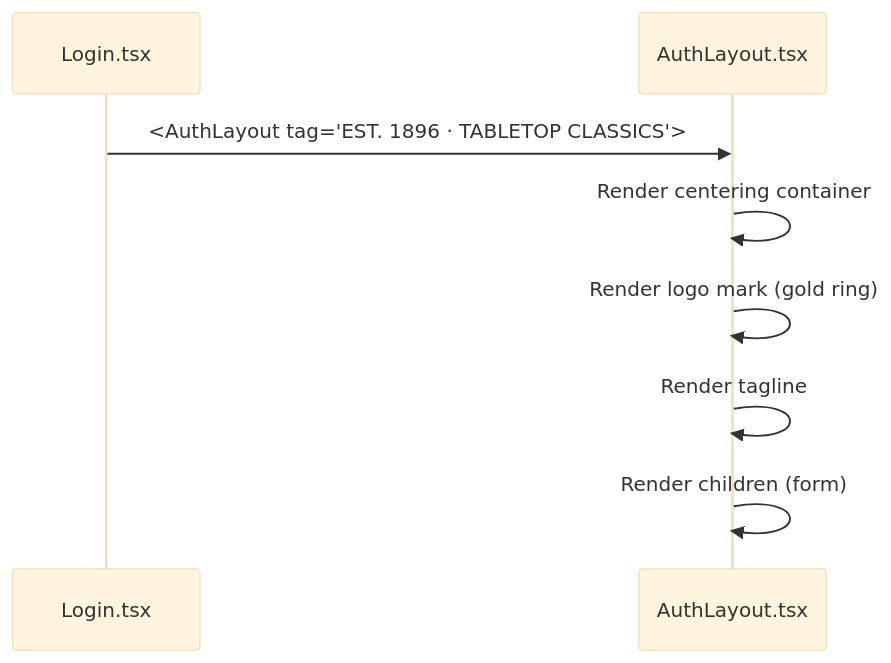
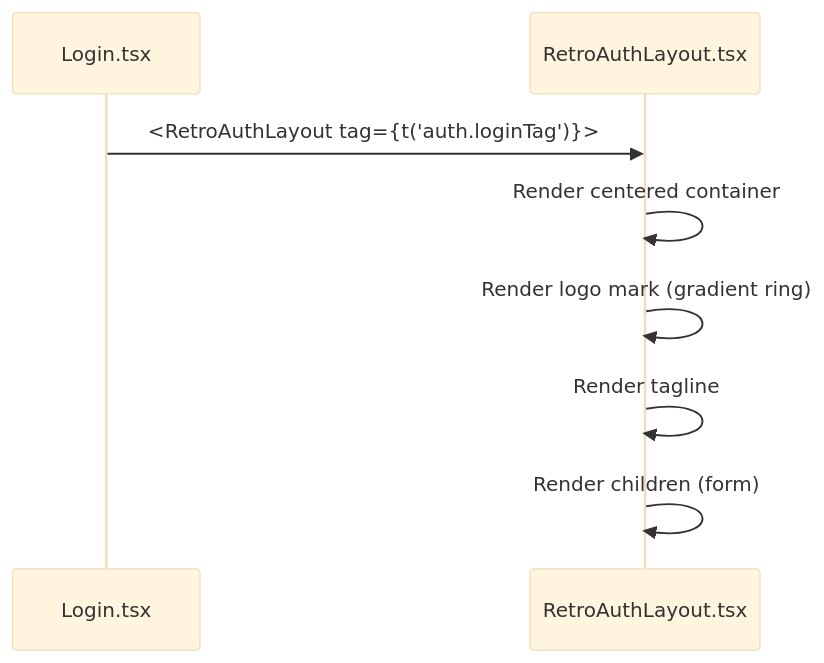
Before and after one commit to JaxzTan/ft_transcendence: the first of 4 diagrams in docs/frontend/frontend-components-system.md, drawn with Mermaid (base theme). The commit also changed other lines of this file and 30 other files, not shown here.

Commit message:
Housekeeping: removed AuthLayout.tsx(dead code). Updated .md docs with latest state of codebase

````diff
--- a/docs/frontend/frontend-components-system.md
+++ b/docs/frontend/frontend-components-system.md
@@ -110,11 +113,11 @@
 ```mermaid
 sequenceDiagram
     participant Login as Login.tsx
-    participant AuthLayout as AuthLayout.tsx
+    participant RetroAuthLayout as RetroAuthLayout.tsx
 
-    Login->>AuthLayout: <AuthLayout tag="EST. 1896 · TABLETOP CLASSICS">
-    AuthLayout->>AuthLayout: Render centering container
-    AuthLayout->>AuthLayout: Render logo mark (gold ring)
-    AuthLayout->>AuthLayout: Render tagline
-    AuthLayout->>AuthLayout: Render children (form)
+    Login->>RetroAuthLayout: <RetroAuthLayout tag={t('auth.loginTag')}>
+    RetroAuthLayout->>RetroAuthLayout: Render centered container
+    RetroAuthLayout->>RetroAuthLayout: Render logo mark (gradient ring)
+    RetroAuthLayout->>RetroAuthLayout: Render tagline
+    RetroAuthLayout->>RetroAuthLayout: Render children (form)
 ```
````
